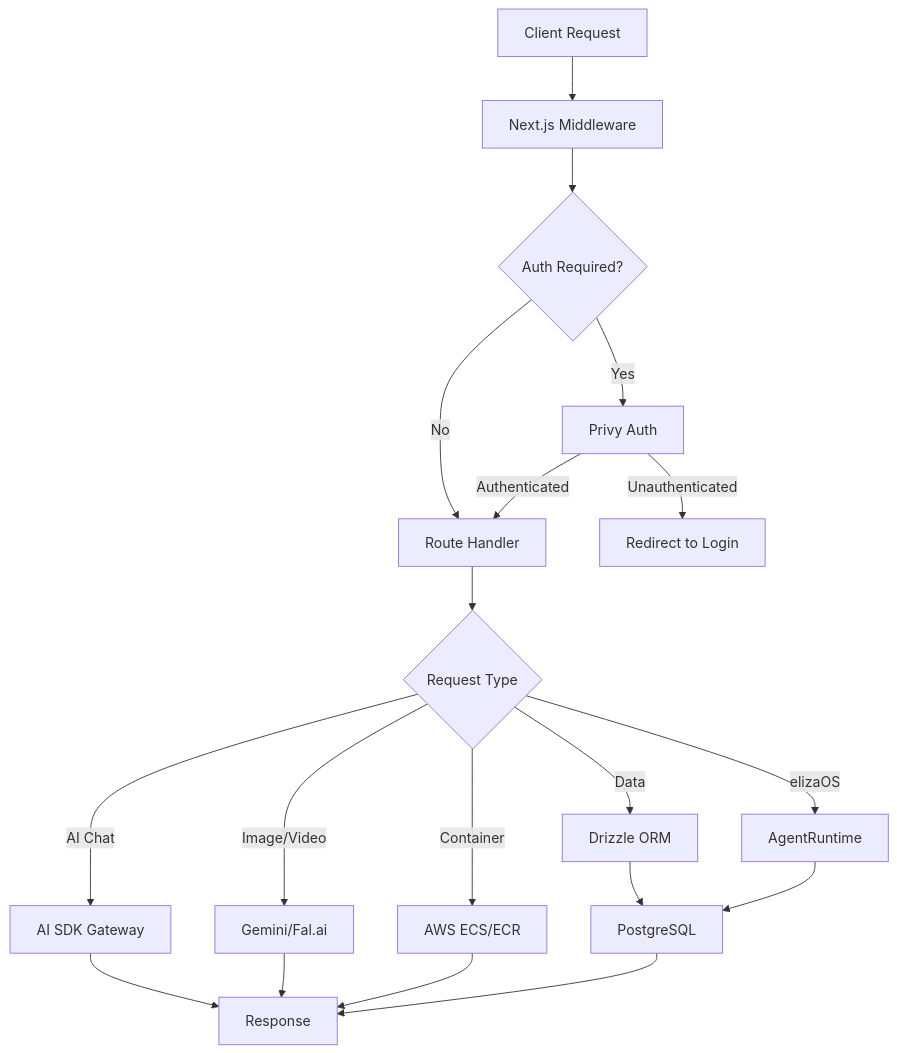
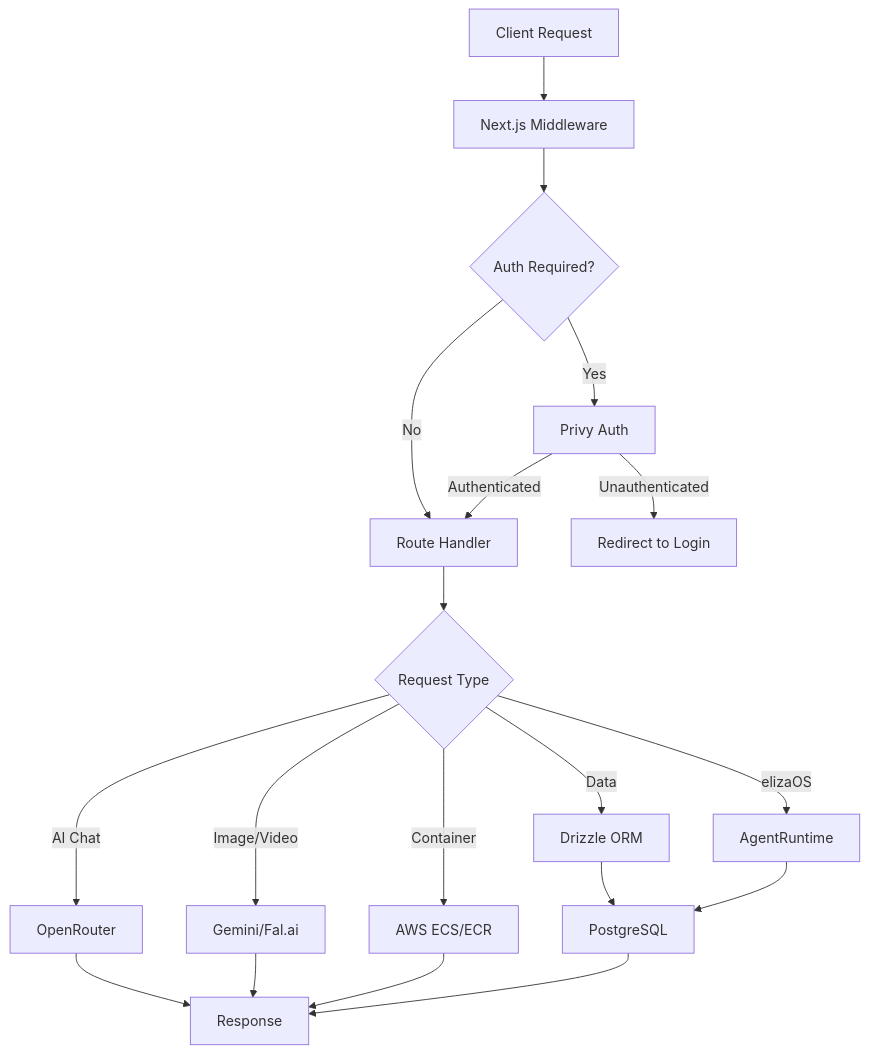
Before and after one commit to elizaOS/cloud: the diagram in README.md, drawn with Mermaid. The commit also changed other lines of this file and 17 other files, not shown here.

````diff
--- a/README.md
+++ b/README.md
@@ -253,21 +253,21 @@
 ```mermaid
 graph TD
     A[Client Request] --> B[Next.js Middleware]
     B --> C{Auth Required?}
     C -->|Yes| D[Privy Auth]
     C -->|No| E[Route Handler]
     D -->|Authenticated| E
     D -->|Unauthenticated| F[Redirect to Login]
     E --> G{Request Type}
-    G -->|AI Chat| H[AI SDK Gateway]
+    G -->|AI Chat| H[OpenRouter]
     G -->|Image/Video| I[Gemini/Fal.ai]
     G -->|Data| J[Drizzle ORM]
     G -->|Container| K[AWS ECS/ECR]
     G -->|elizaOS| L[AgentRuntime]
     H --> M[Response]
     I --> M
     J --> N[PostgreSQL]
     K --> M
     L --> N
     N --> M
 ```
````
